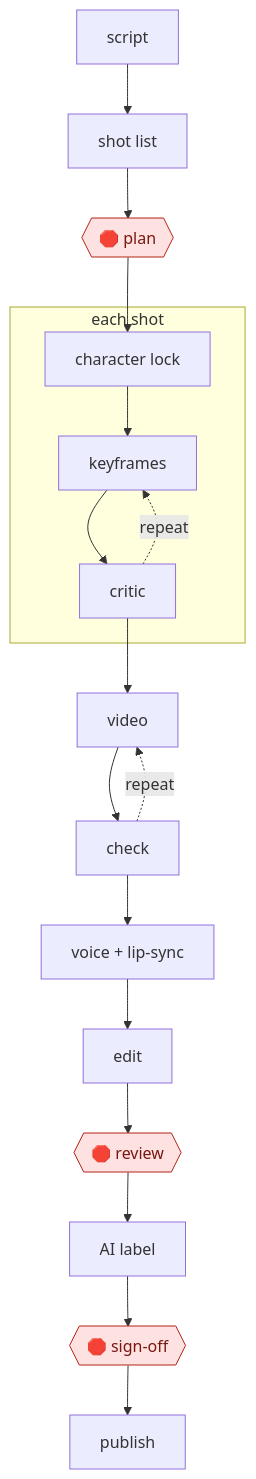
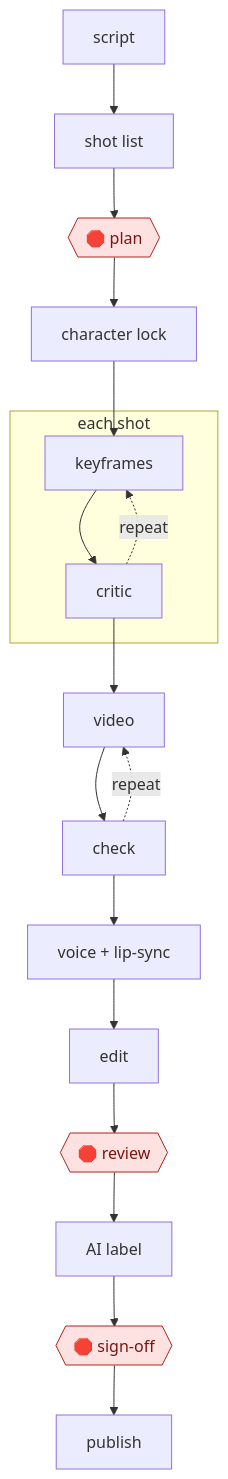
One commit to milesradford99/agent-workflow-atlas changed the diagram in workflows/CRE/MED/AIGCVIDEO/ai-shot-factory/README.md. Above: the diagram before and after it, drawn with Mermaid. The commit also changed other lines of this file and 171 other files, not shown here.

````diff
--- a/workflows/CRE/MED/AIGCVIDEO/ai-shot-factory/README.md
+++ b/workflows/CRE/MED/AIGCVIDEO/ai-shot-factory/README.md
@@ -29,35 +29,35 @@
 ```mermaid
 flowchart TD
   n1["script"]
   n2["shot list"]
-  n1 --> n2
   n3{{"🛑 plan"}}:::stop
-  n2 --> n3
   n4["character lock"]
-  n3 --> n4
   subgraph s5["each shot"]
   n6["keyframes"]
+  n7["critic"]
+  end
+  n8["video"]
+  n9["check"]
+  n10["voice + lip-sync"]
+  n11["edit"]
+  n12{{"🛑 review"}}:::stop
+  n13["AI label"]
+  n14{{"🛑 sign-off"}}:::stop
+  n15["publish"]
+  n1 --> n2
+  n2 --> n3
+  n3 --> n4
   n4 --> n6
-  n7["critic"]
   n6 --> n7
   n7 -.->|repeat| n6
-  end
-  n8["video"]
   n7 --> n8
-  n9["check"]
   n8 --> n9
   n9 -.->|repeat| n8
-  n10["voice + lip-sync"]
   n9 --> n10
-  n11["edit"]
   n10 --> n11
-  n12{{"🛑 review"}}:::stop
   n11 --> n12
-  n13["AI label"]
   n12 --> n13
-  n14{{"🛑 sign-off"}}:::stop
   n13 --> n14
-  n15["publish"]
   n14 --> n15
   classDef stop fill:#fde2e1,stroke:#b42318,color:#7a1610
 ```
````
